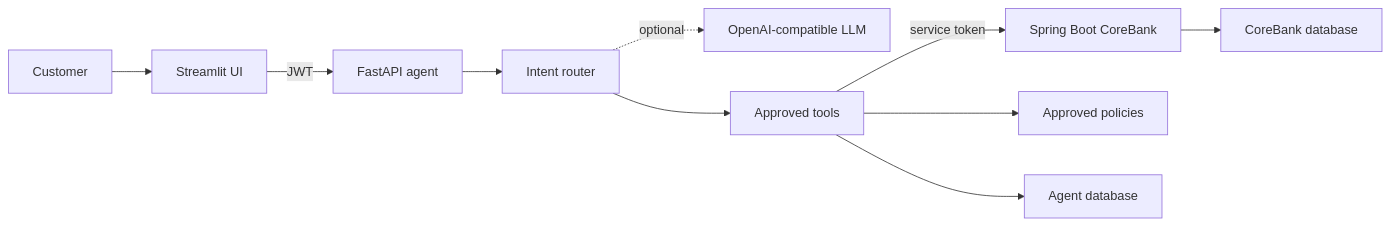
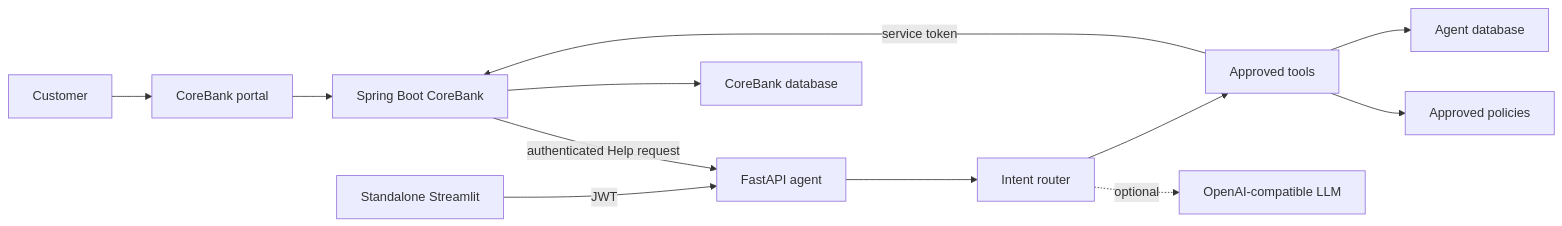
The diagram in README.md (SsK-981/corebank-ai-banking-platform), drawn with Mermaid before and after one commit. The commit also changed other lines of this file and 15 other files, not shown here.

Commit message:
Unify the CoreBank customer demo workspace

````diff
--- a/README.md
+++ b/README.md
@@ -28,12 +60,14 @@
 ```mermaid
 flowchart LR
-    C["Customer"] --> UI["Streamlit UI"]
-    UI -->|"JWT"| AI["FastAPI agent"]
+    C["Customer"] --> UI["CoreBank portal"]
+    UI --> CB["Spring Boot CoreBank"]
+    CB -->|"authenticated Help request"| AI["FastAPI agent"]
+    S["Standalone Streamlit"] -->|"JWT"| AI
     AI --> R["Intent router"]
     R -. "optional" .-> LLM["OpenAI-compatible LLM"]
     R --> T["Approved tools"]
-    T -->|"service token"| CB["Spring Boot CoreBank"]
+    T -->|"service token"| CB
     T --> FAQ["Approved policies"]
     T --> ADB["Agent database"]
     CB --> CDB["CoreBank database"]
 ```
````
